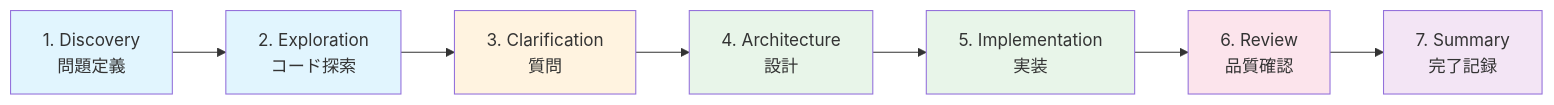
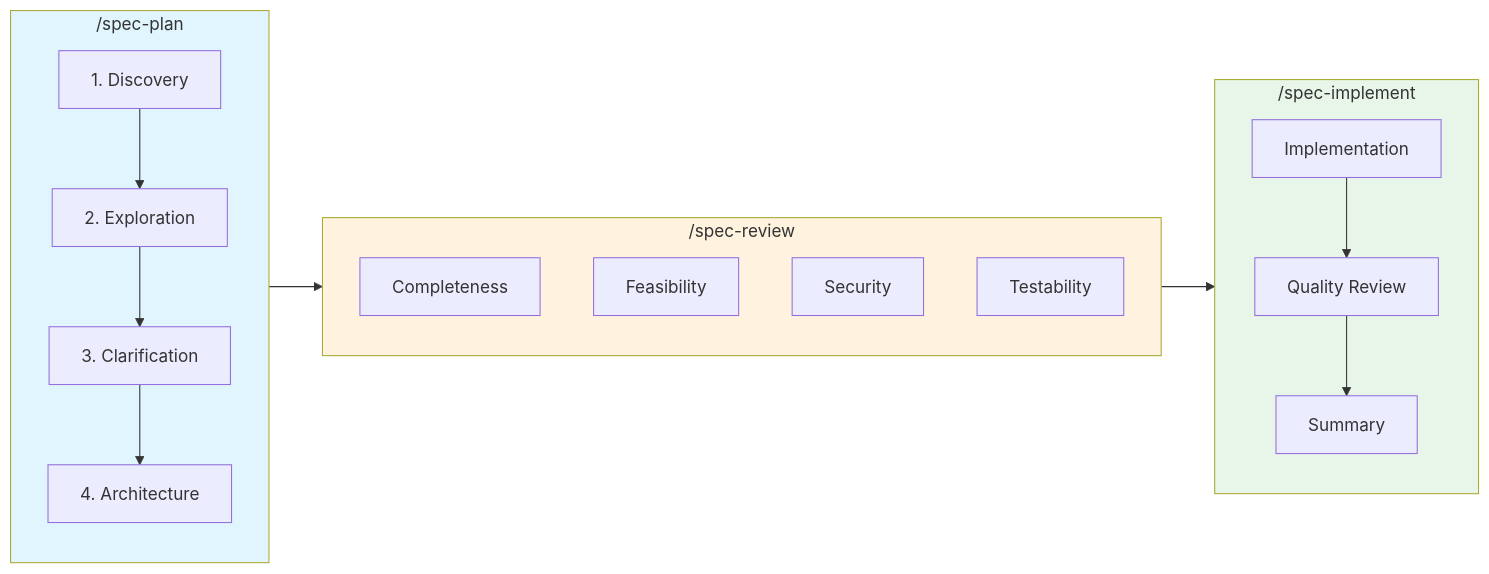
Before and after one commit to MysMon/Spec-Workflow-Toolkit: the diagram in README.md, drawn with Mermaid. The commit also changed other lines of this file and 5 other files, not shown here.

First line of the commit message:
feat: split spec-workflow into separate planning and implementation commands

````diff
--- a/README.md
+++ b/README.md
@@ -70,17 +78,19 @@
 ```mermaid
 flowchart LR
-    D[1. Discovery<br/>問題定義] --> E[2. Exploration<br/>コード探索]
-    E --> C[3. Clarification<br/>質問]
-    C --> A[4. Architecture<br/>設計]
-    A --> I[5. Implementation<br/>実装]
-    I --> R[6. Review<br/>品質確認]
-    R --> S[7. Summary<br/>完了記録]
+    subgraph plan["/spec-plan"]
+        D[1. Discovery] --> E[2. Exploration]
+        E --> C[3. Clarification]
+        C --> A[4. Architecture]
+    end
+    subgraph review["/spec-review"]
+        R1[Completeness] & R2[Feasibility] & R3[Security] & R4[Testability]
+    end
+    subgraph impl["/spec-implement"]
+        I[Implementation] --> QR[Quality Review] --> S[Summary]
+    end
+    plan --> review --> impl
 
-    style D fill:#e1f5fe
-    style E fill:#e1f5fe
-    style C fill:#fff3e0
-    style A fill:#e8f5e9
-    style I fill:#e8f5e9
-    style R fill:#fce4ec
-    style S fill:#f3e5f5
+    style plan fill:#e1f5fe
+    style review fill:#fff3e0
+    style impl fill:#e8f5e9
 ```
````
